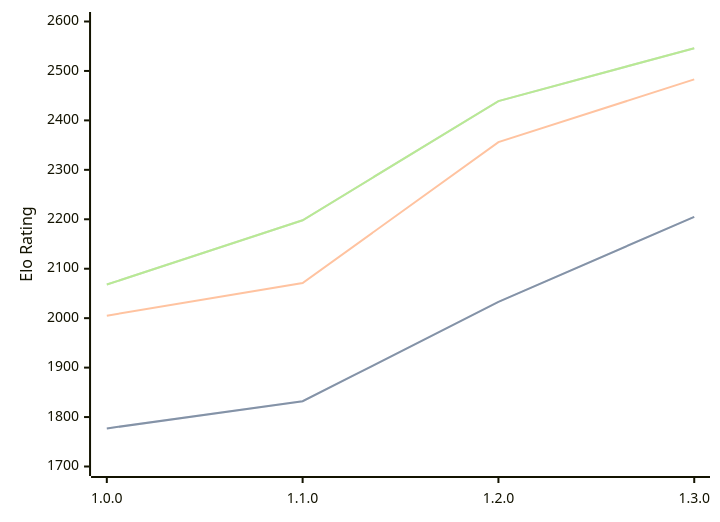
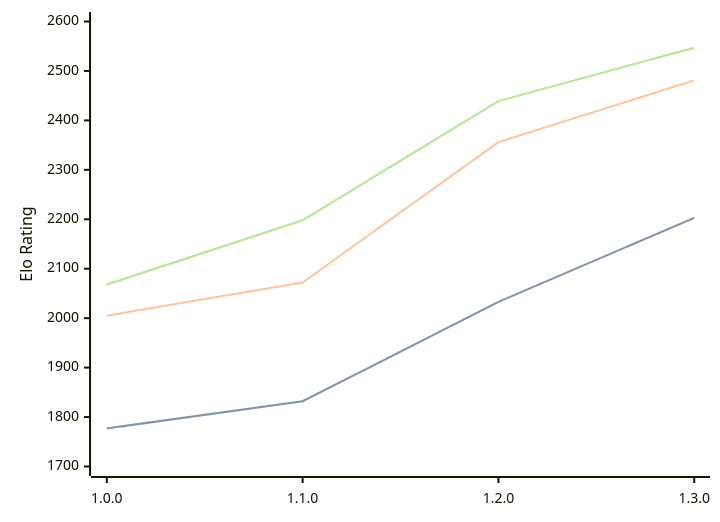
One commit to computer-chess-index/cci changed the diagram in engines/Anodos.md. Above: the diagram before and after it, drawn with Mermaid. The commit also changed other lines of this file, not shown here.

Commit message:
Update CCI Ratings (ELO VLTC) - 2026-05-08

````diff
--- a/engines/Anodos.md
+++ b/engines/Anodos.md
@@ -45,11 +45,11 @@
 ```mermaid
 %%{init: {"theme":"base","themeVariables":{"seriesColors:['#a3a3a3','#222221','#faa371']}}}%%
 xychart-beta
   x-axis ["1.0.0", "1.1.0", "1.2.0", "1.3.0"]
   y-axis "Elo Rating" 1700 --> 2600
-  line "STC (8.0+0.08s)" [1777, 1832, 2033, 2205]
-  line "STC (8.0+0.08s)" [1777, 1832, 2033, 2205]
-  line "LTC (60.0+0.60s)" [2005, 2071, 2356, 2483]
-  line "VLTC (2m24s+1.12s)" [2068, 2198, 2439, 2546]
-  line "VLTC (2m24s+1.12s)" [2068, 2198, 2439, 2546]
+  line "STC (8.0+0.08s)" [1777, 1832, 2033, 2203]
+  line "STC (8.0+0.08s)" [1777, 1832, 2033, 2203]
+  line "LTC (60.0+0.60s)" [2005, 2072, 2356, 2481]
+  line "VLTC (2m24s+1.12s)" [2068, 2198, 2439, 2547]
+  line "VLTC (2m24s+1.12s)" [2068, 2198, 2439, 2547]
 ```
````
